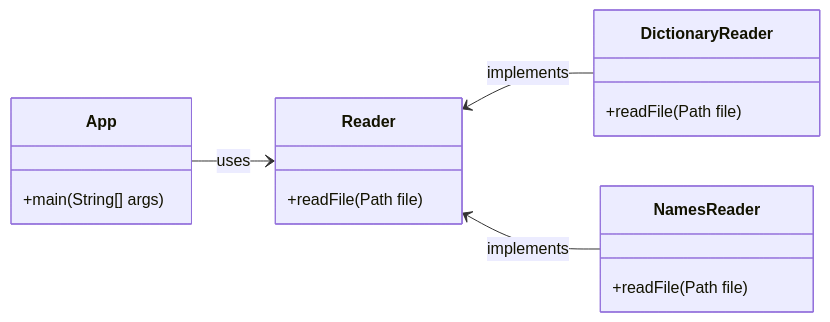
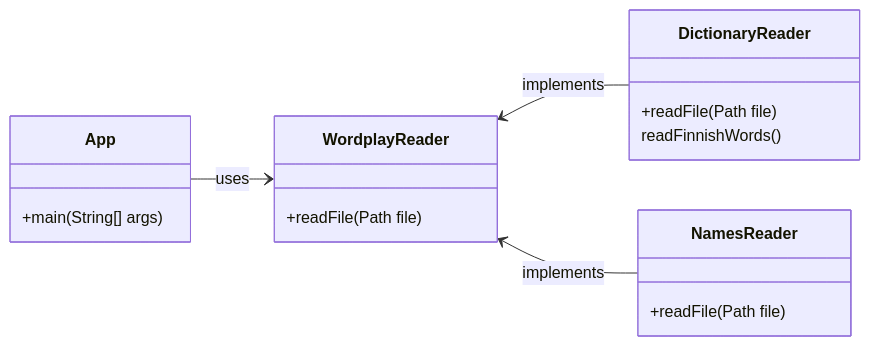
One commit to ohjelmointi2/wordplay-exercise changed the diagram in readme.md. Above: the diagram before and after it, drawn with Mermaid. The commit also changed other lines of this file and 15 other files, not shown here.

````diff
--- a/readme.md
+++ b/readme.md
@@ -25,24 +25,25 @@
 ```mermaid
 classDiagram
     direction LR
 
     class App {
         +main(String[] args)
     }
 
     class DictionaryReader {
         +readFile(Path file)
+        readFinnishWords()
     }
 
     class NamesReader {
         +readFile(Path file)
     }
 
-    class Reader {
+    class WordplayReader {
         +readFile(Path file)
     }
 
-    App --> Reader : uses
-    Reader <-- DictionaryReader: implements
-    Reader <-- NamesReader : implements
+    App --> WordplayReader : uses
+    WordplayReader <-- DictionaryReader: implements
+    WordplayReader <-- NamesReader : implements
 ```
````
